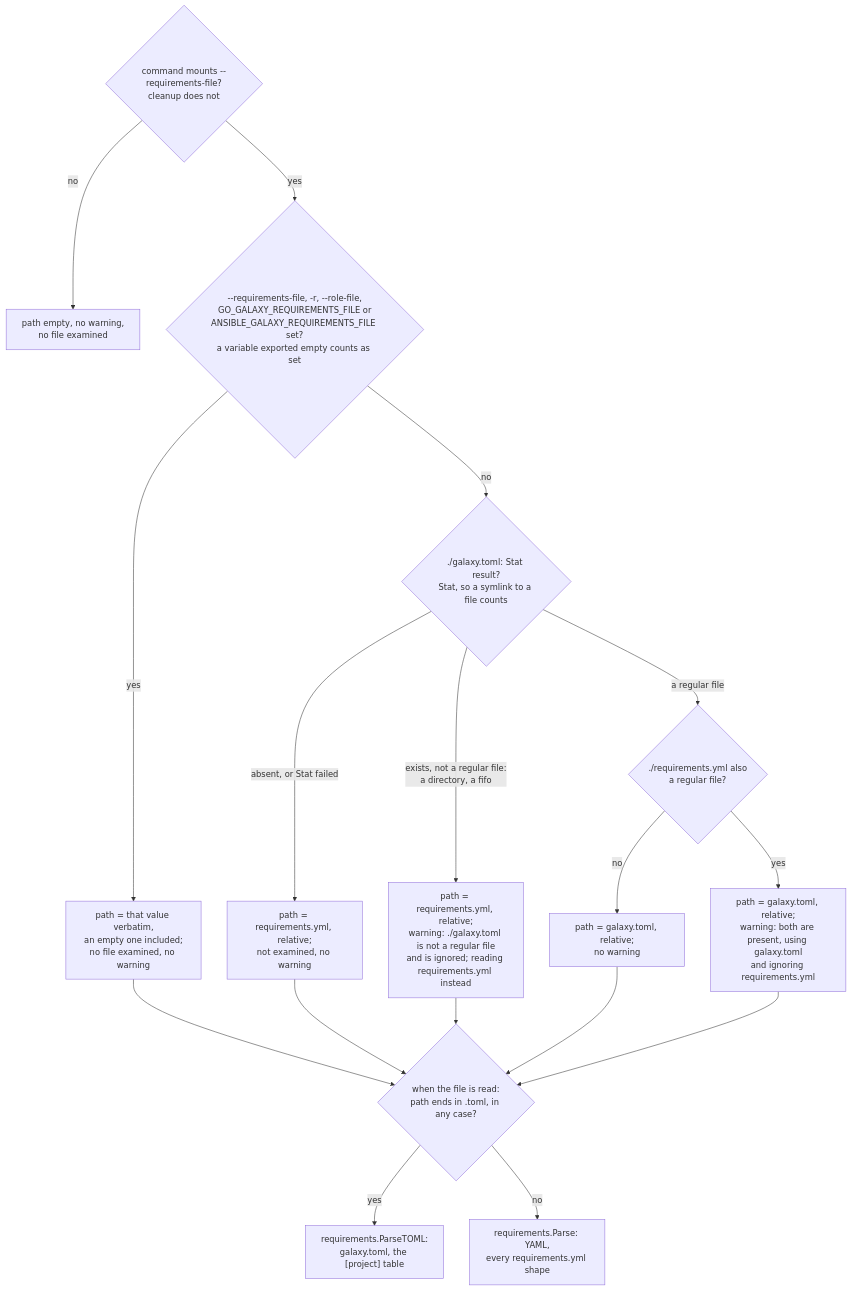
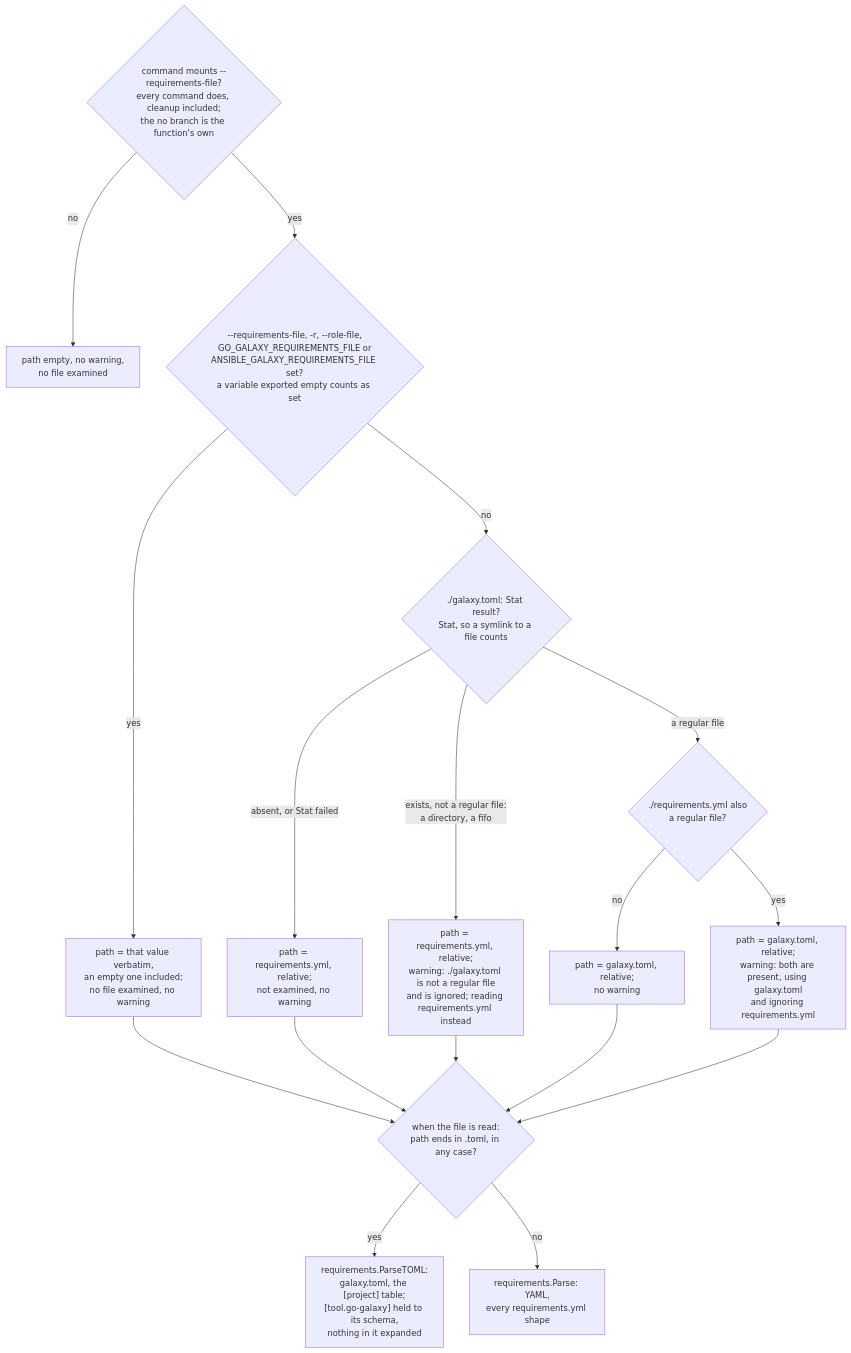
The third of 49 diagrams in docs/commands.md (greeddj/go-galaxy), drawn with Mermaid before and after one commit. The commit also changed other lines of this file and 42 other files, not shown here.

````diff
--- a/docs/commands.md
+++ b/docs/commands.md
@@ -137,19 +140,19 @@
 ```mermaid
 flowchart TD
-  Q1{"command mounts --requirements-file?<br/>cleanup does not"} -->|"no"| Q0["path empty, no warning,<br/>no file examined"]
+  Q1{"command mounts --requirements-file?<br/>every command does, cleanup included;<br/>the no branch is the function's own"} -->|"no"| Q0["path empty, no warning,<br/>no file examined"]
   Q1 -->|"yes"| Q2{"--requirements-file, -r, --role-file,<br/>GO_GALAXY_REQUIREMENTS_FILE or<br/>ANSIBLE_GALAXY_REQUIREMENTS_FILE set?<br/>a variable exported empty counts as set"}
   Q2 -->|"yes"| Q3["path = that value verbatim,<br/>an empty one included;<br/>no file examined, no warning"]
   Q2 -->|"no"| Q4{"./galaxy.toml: Stat result?<br/>Stat, so a symlink to a file counts"}
   Q4 -->|"absent, or Stat failed"| Q5["path = requirements.yml, relative;<br/>not examined, no warning"]
   Q4 -->|"exists, not a regular file:<br/>a directory, a fifo"| Q6["path = requirements.yml, relative;<br/>warning: ./galaxy.toml is not a regular file<br/>and is ignored; reading requirements.yml instead"]
   Q4 -->|"a regular file"| Q7{"./requirements.yml also<br/>a regular file?"}
   Q7 -->|"no"| Q8["path = galaxy.toml, relative;<br/>no warning"]
   Q7 -->|"yes"| Q9["path = galaxy.toml, relative;<br/>warning: both are present, using galaxy.toml<br/>and ignoring requirements.yml"]
   Q3 --> QF
   Q5 --> QF
   Q6 --> QF
   Q8 --> QF
   Q9 --> QF{"when the file is read:<br/>path ends in .toml, in any case?"}
-  QF -->|"yes"| QT["requirements.ParseTOML:<br/>galaxy.toml, the [project] table"]
+  QF -->|"yes"| QT["requirements.ParseTOML:<br/>galaxy.toml, the [project] table;<br/>[tool.go-galaxy] held to its schema,<br/>nothing in it expanded"]
   QF -->|"no"| QY["requirements.Parse: YAML,<br/>every requirements.yml shape"]
 ```
````
